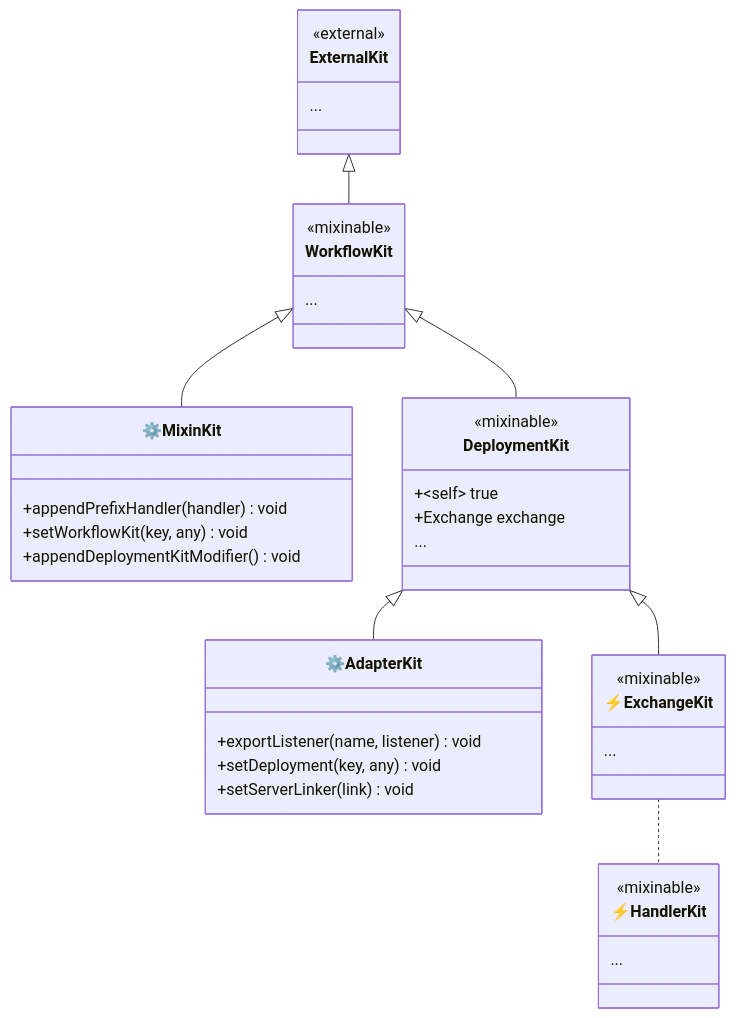
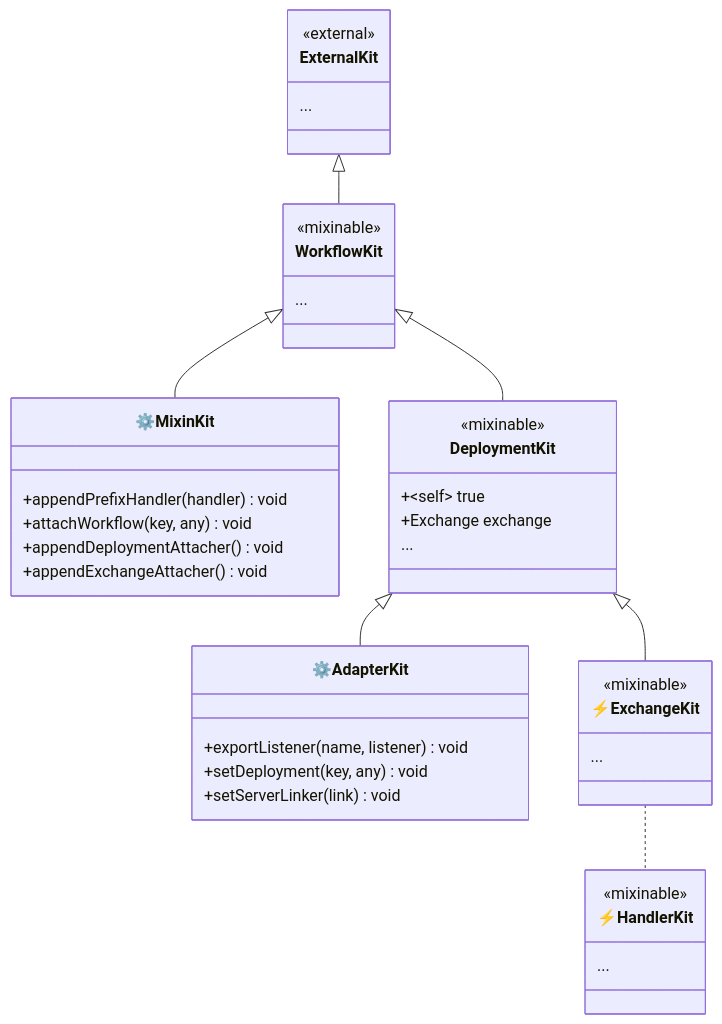
The diagram in packages/workflow/DESIGN.md (produck/kitty), drawn with Mermaid before and after one commit. The commit also changed other lines of this file and 7 other files, not shown here.

````diff
--- a/packages/workflow/DESIGN.md
+++ b/packages/workflow/DESIGN.md
@@ -219,43 +225,44 @@
 ```mermaid
 classDiagram
   class ExternalKit {
     <<external>>
     ...
   }
   class WorkflowKit {
     <<mixinable>>
     ...
   }
   class MixinKit["⚙️MixinKit"] {
     +appendPrefixHandler(handler) void
-    +setWorkflowKit(key, any) void
-    +appendDeploymentKitModifier() void
+    +attachWorkflow(key, any) void
+    +appendDeploymentAttacher() void
+    +appendExchangeAttacher() void
   }
   class DeploymentKit {
     <<mixinable>>
     +~self~ true
     +Exchange exchange
     ...
   }
   class AdapterKit["⚙️AdapterKit"] {
     +exportListener(name, listener) void
     +setDeployment(key, any) void
     +setServerLinker(link) void
   }
   class ExchangeKit["⚡ExchangeKit"] {
     <<mixinable>>
     ...
   }
   class HandlerKit["⚡HandlerKit"] {
     <<mixinable>>
     ...
   }
 
   ExternalKit <|-- WorkflowKit
   WorkflowKit <|-- MixinKit
   WorkflowKit <|-- DeploymentKit
   DeploymentKit <|-- ExchangeKit
   DeploymentKit <|-- AdapterKit
   ExchangeKit .. HandlerKit
 
 ```
````
